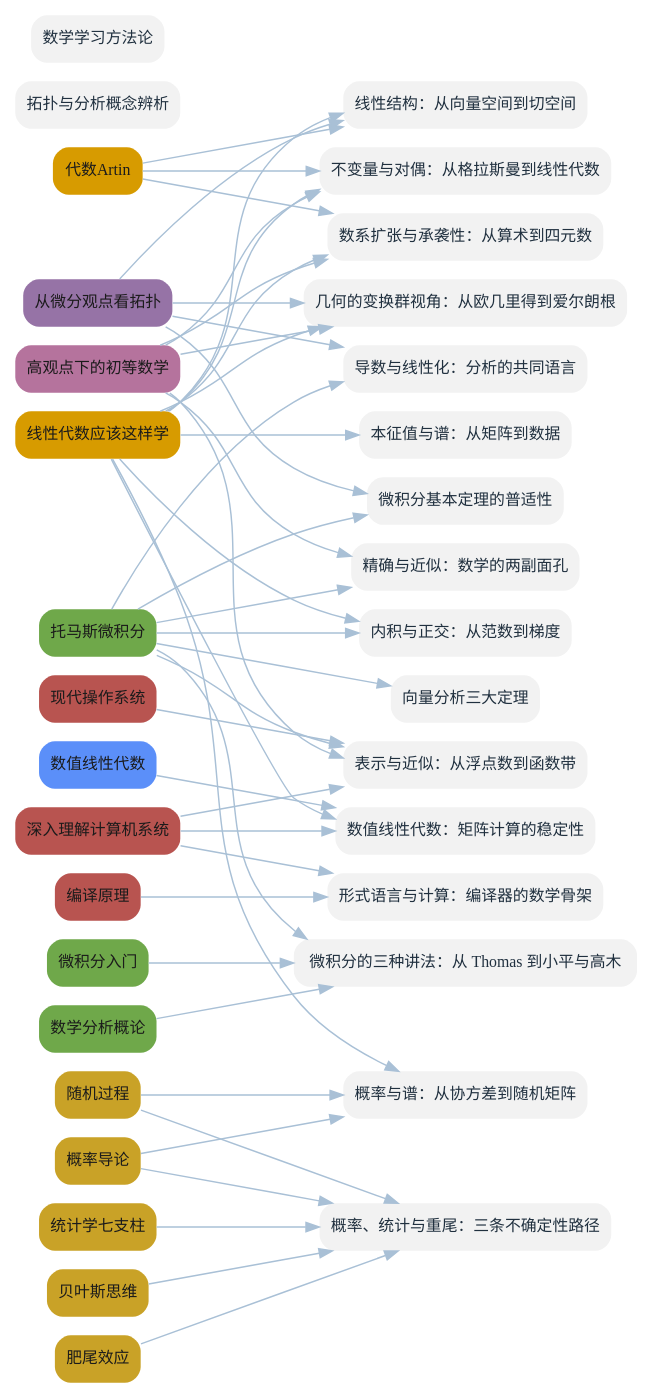
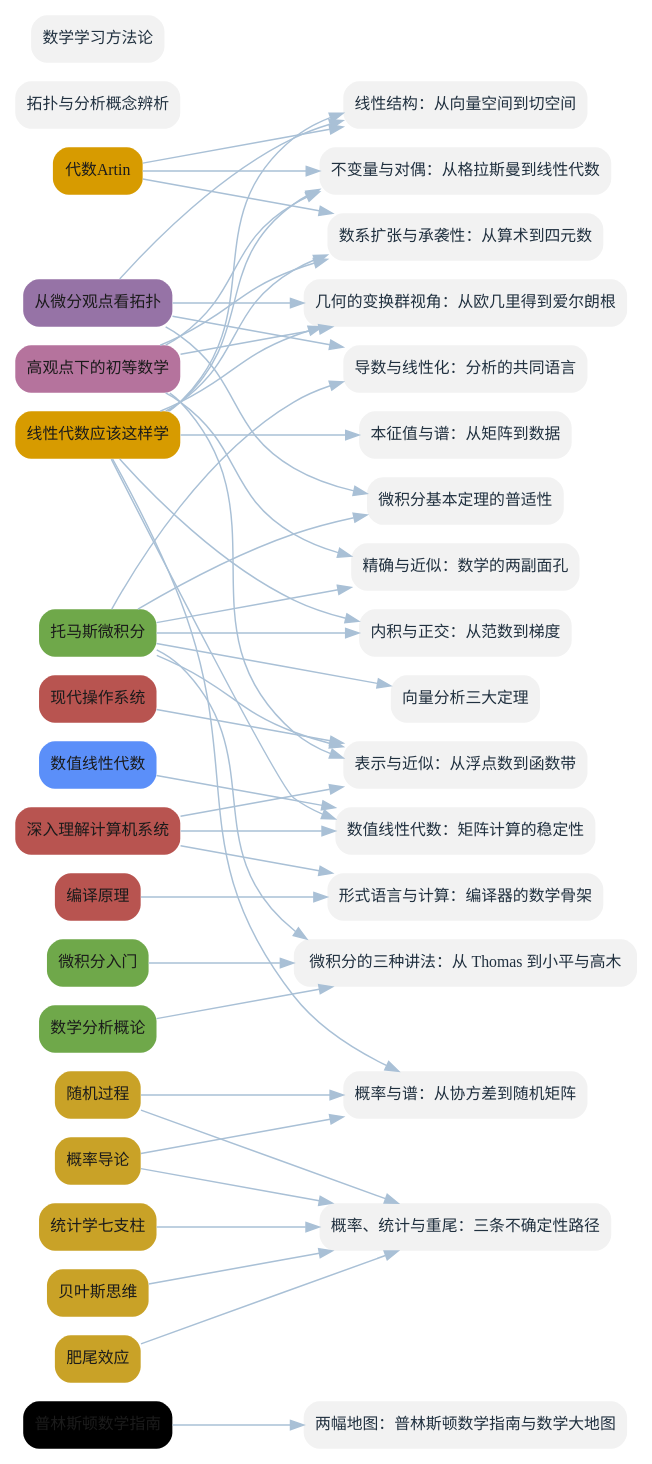
One commit to lyp0746/lyp-notes changed the diagram in book/figures/fig-bridges.dot. Above: the diagram before and after it, drawn with Graphviz. The commit also changed 27 other files, not shown here.

Commit message:
新增《普林斯顿数学指南》(Gowers 主编, 三卷)：2 概念(数学的统一性/哥德尔不完备定理)+2 实体+导读+桥接「两幅地图」；新建「数学导览」分支；重建插图(17 书/174 概念)与 PDF(91 页)

```diff
--- a/book/figures/fig-bridges.dot
+++ b/book/figures/fig-bridges.dot
@@ -1,81 +1,84 @@
 digraph G {
   graph [bgcolor="white", rankdir=LR, nodesep=0.2, ranksep=1.2];
   node [shape=box, style="rounded,filled", penwidth=0, fontname="Microsoft YaHei", fontsize=12];
   edge [color="#A9C0D6", penwidth=1.1];
+  B_PCM [label="普林斯顿数学指南", fillcolor="#DDD", fontcolor="#1B1B1B"];
   B_AT [label="代数Artin", fillcolor="#D79B00", fontcolor="#1B1B1B"];
   B_LA [label="线性代数应该这样学", fillcolor="#D79B00", fontcolor="#1B1B1B"];
   B_CA [label="托马斯微积分", fillcolor="#6FA84A", fontcolor="#1B1B1B"];
   B_CM [label="微积分入门", fillcolor="#6FA84A", fontcolor="#1B1B1B"];
   B_MA [label="数学分析概论", fillcolor="#6FA84A", fontcolor="#1B1B1B"];
   B_DT [label="从微分观点看拓扑", fillcolor="#9673A6", fontcolor="#1B1B1B"];
   B_KG [label="高观点下的初等数学", fillcolor="#B5739D", fontcolor="#1B1B1B"];
   B_PD [label="概率导论", fillcolor="#C9A227", fontcolor="#1B1B1B"];
   B_SP [label="随机过程", fillcolor="#C9A227", fontcolor="#1B1B1B"];
   B_SS [label="统计学七支柱", fillcolor="#C9A227", fontcolor="#1B1B1B"];
   B_BT [label="贝叶斯思维", fillcolor="#C9A227", fontcolor="#1B1B1B"];
   B_FT [label="肥尾效应", fillcolor="#C9A227", fontcolor="#1B1B1B"];
   B_CSAPP [label="深入理解计算机系统", fillcolor="#B85450", fontcolor="#1B1B1B"];
   B_MOS [label="现代操作系统", fillcolor="#B85450", fontcolor="#1B1B1B"];
   B_CP [label="编译原理", fillcolor="#B85450", fontcolor="#1B1B1B"];
   B_NLA [label="数值线性代数", fillcolor="#5B8FF9", fontcolor="#1B1B1B"];
   T_0 [label="导数与线性化：分析的共同语言", fillcolor="#F2F2F2", fontcolor="#20303F"];
   T_1 [label="线性结构：从向量空间到切空间", fillcolor="#F2F2F2", fontcolor="#20303F"];
   T_2 [label="内积与正交：从范数到梯度", fillcolor="#F2F2F2", fontcolor="#20303F"];
   T_3 [label="本征值与谱：从矩阵到数据", fillcolor="#F2F2F2", fontcolor="#20303F"];
   T_4 [label="微积分基本定理的普适性", fillcolor="#F2F2F2", fontcolor="#20303F"];
   T_5 [label="向量分析三大定理", fillcolor="#F2F2F2", fontcolor="#20303F"];
   T_6 [label="拓扑与分析概念辨析", fillcolor="#F2F2F2", fontcolor="#20303F"];
   T_7 [label="数学学习方法论", fillcolor="#F2F2F2", fontcolor="#20303F"];
   T_8 [label="不变量与对偶：从格拉斯曼到线性代数", fillcolor="#F2F2F2", fontcolor="#20303F"];
   T_9 [label="数系扩张与承袭性：从算术到四元数", fillcolor="#F2F2F2", fontcolor="#20303F"];
   T_10 [label="精确与近似：数学的两副面孔", fillcolor="#F2F2F2", fontcolor="#20303F"];
   T_11 [label="几何的变换群视角：从欧几里得到爱尔朗根", fillcolor="#F2F2F2", fontcolor="#20303F"];
   T_12 [label="概率与谱：从协方差到随机矩阵", fillcolor="#F2F2F2", fontcolor="#20303F"];
   T_13 [label="表示与近似：从浮点数到函数带", fillcolor="#F2F2F2", fontcolor="#20303F"];
   T_14 [label="概率、统计与重尾：三条不确定性路径", fillcolor="#F2F2F2", fontcolor="#20303F"];
   T_15 [label="形式语言与计算：编译器的数学骨架", fillcolor="#F2F2F2", fontcolor="#20303F"];
   T_16 [label="数值线性代数：矩阵计算的稳定性", fillcolor="#F2F2F2", fontcolor="#20303F"];
   T_17 [label="微积分的三种讲法：从 Thomas 到小平与高木", fillcolor="#F2F2F2", fontcolor="#20303F"];
+  T_18 [label="两幅地图：普林斯顿数学指南与数学大地图", fillcolor="#F2F2F2", fontcolor="#20303F"];
   B_CA -> T_0;
   B_DT -> T_0;
   B_LA -> T_1;
   B_DT -> T_1;
   B_AT -> T_1;
   B_LA -> T_2;
   B_CA -> T_2;
   B_LA -> T_3;
   B_CA -> T_4;
   B_DT -> T_4;
   B_CA -> T_5;
   B_KG -> T_8;
   B_LA -> T_8;
   B_AT -> T_8;
   B_KG -> T_9;
   B_LA -> T_9;
   B_AT -> T_9;
   B_KG -> T_10;
   B_CA -> T_10;
   B_KG -> T_11;
   B_DT -> T_11;
   B_LA -> T_11;
   B_PD -> T_12;
   B_SP -> T_12;
   B_LA -> T_12;
   B_CSAPP -> T_13;
   B_MOS -> T_13;
   B_KG -> T_13;
   B_CA -> T_13;
   B_PD -> T_14;
   B_SP -> T_14;
   B_SS -> T_14;
   B_BT -> T_14;
   B_FT -> T_14;
   B_CP -> T_15;
   B_CSAPP -> T_15;
   B_NLA -> T_16;
   B_LA -> T_16;
   B_CSAPP -> T_16;
   B_CA -> T_17;
   B_CM -> T_17;
   B_MA -> T_17;
+  B_PCM -> T_18;
 }
```
